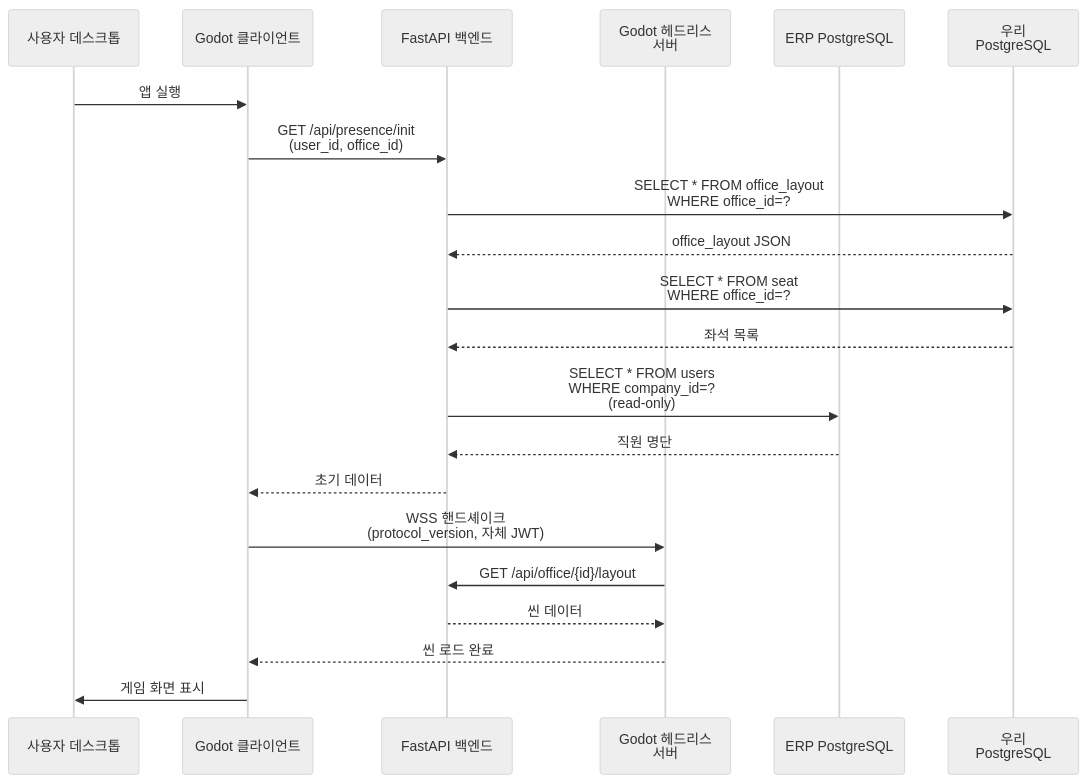
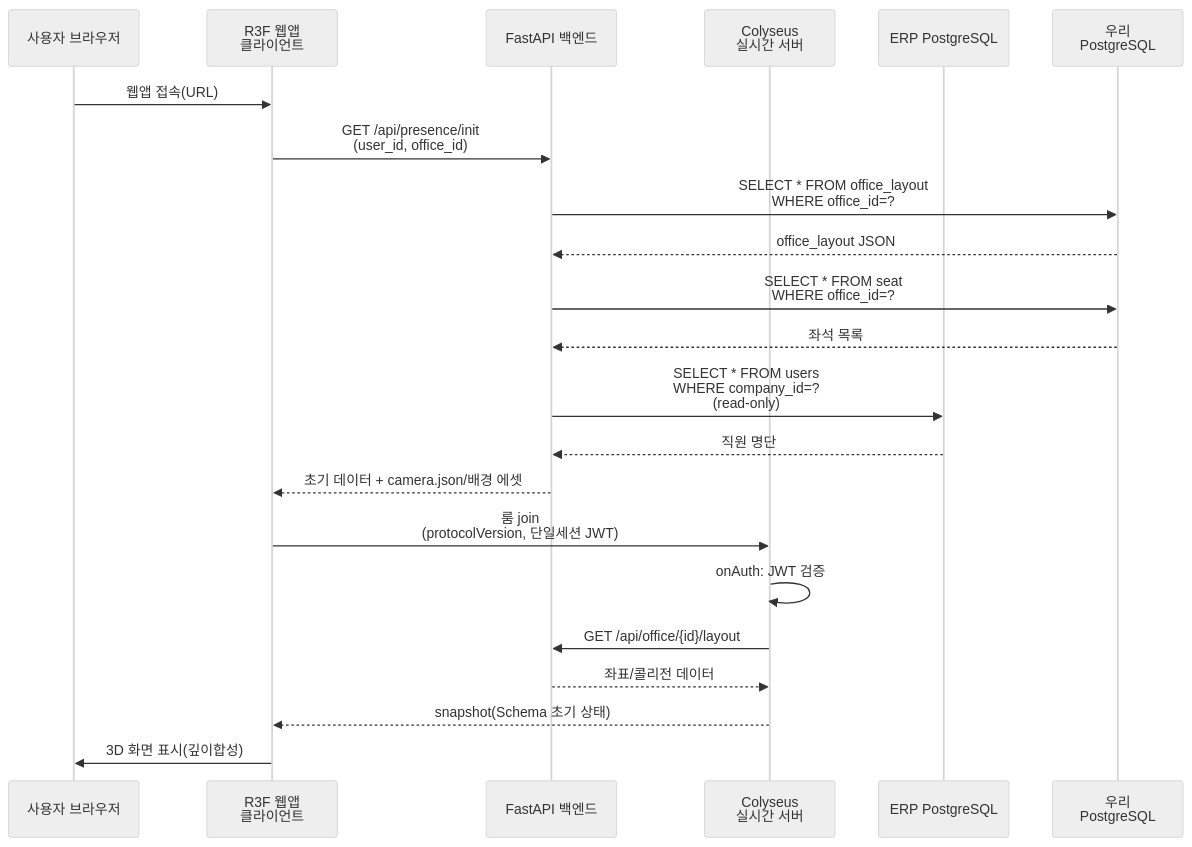
The second of 4 diagrams in docs/planning/02-trd-architecture.md (choiwjun/virtualoffice_new), drawn with Mermaid (neutral theme) before and after one commit. The commit also changed other lines of this file and 739 other files, not shown here.

First line of the commit message:
feat(office): D27 실시간 R3F 오피스 UI + 시안 크롬 정렬, CORS 라우팅 수정

````diff
--- a/docs/planning/02-trd-architecture.md
+++ b/docs/planning/02-trd-architecture.md
@@ -730,24 +713,25 @@
 ```mermaid
 sequenceDiagram
-    participant User as 사용자 데스크톱
-    participant GodotClient as Godot 클라이언트
+    participant User as 사용자 브라우저
+    participant R3FClient as R3F 웹앱<br/>클라이언트
     participant FastAPI as FastAPI 백엔드
-    participant GodotServer as Godot 헤드리스<br/>서버
+    participant ColyseusServer as Colyseus<br/>실시간 서버
     participant ERPDB as ERP PostgreSQL
     participant OurDB as 우리<br/>PostgreSQL
 
-    User->>GodotClient: 앱 실행
-    GodotClient->>FastAPI: GET /api/presence/init<br/>(user_id, office_id)
+    User->>R3FClient: 웹앱 접속(URL)
+    R3FClient->>FastAPI: GET /api/presence/init<br/>(user_id, office_id)
     FastAPI->>OurDB: SELECT * FROM office_layout<br/>WHERE office_id=?
     OurDB-->>FastAPI: office_layout JSON
     FastAPI->>OurDB: SELECT * FROM seat<br/>WHERE office_id=?
     OurDB-->>FastAPI: 좌석 목록
     FastAPI->>ERPDB: SELECT * FROM users<br/>WHERE company_id=?<br/>(read-only)
     ERPDB-->>FastAPI: 직원 명단
-    FastAPI-->>GodotClient: 초기 데이터
-    GodotClient->>GodotServer: WSS 핸드셰이크<br/>(protocol_version, 자체 JWT)
-    GodotServer->>FastAPI: GET /api/office/{id}/layout
-    FastAPI-->>GodotServer: 씬 데이터
-    GodotServer-->>GodotClient: 씬 로드 완료
-    GodotClient->>User: 게임 화면 표시
+    FastAPI-->>R3FClient: 초기 데이터 + camera.json/배경 에셋
+    R3FClient->>ColyseusServer: 룸 join<br/>(protocolVersion, 단일세션 JWT)
+    ColyseusServer->>ColyseusServer: onAuth: JWT 검증
+    ColyseusServer->>FastAPI: GET /api/office/{id}/layout
+    FastAPI-->>ColyseusServer: 좌표/콜리전 데이터
+    ColyseusServer-->>R3FClient: snapshot(Schema 초기 상태)
+    R3FClient->>User: 3D 화면 표시(깊이합성)
 ```
````
